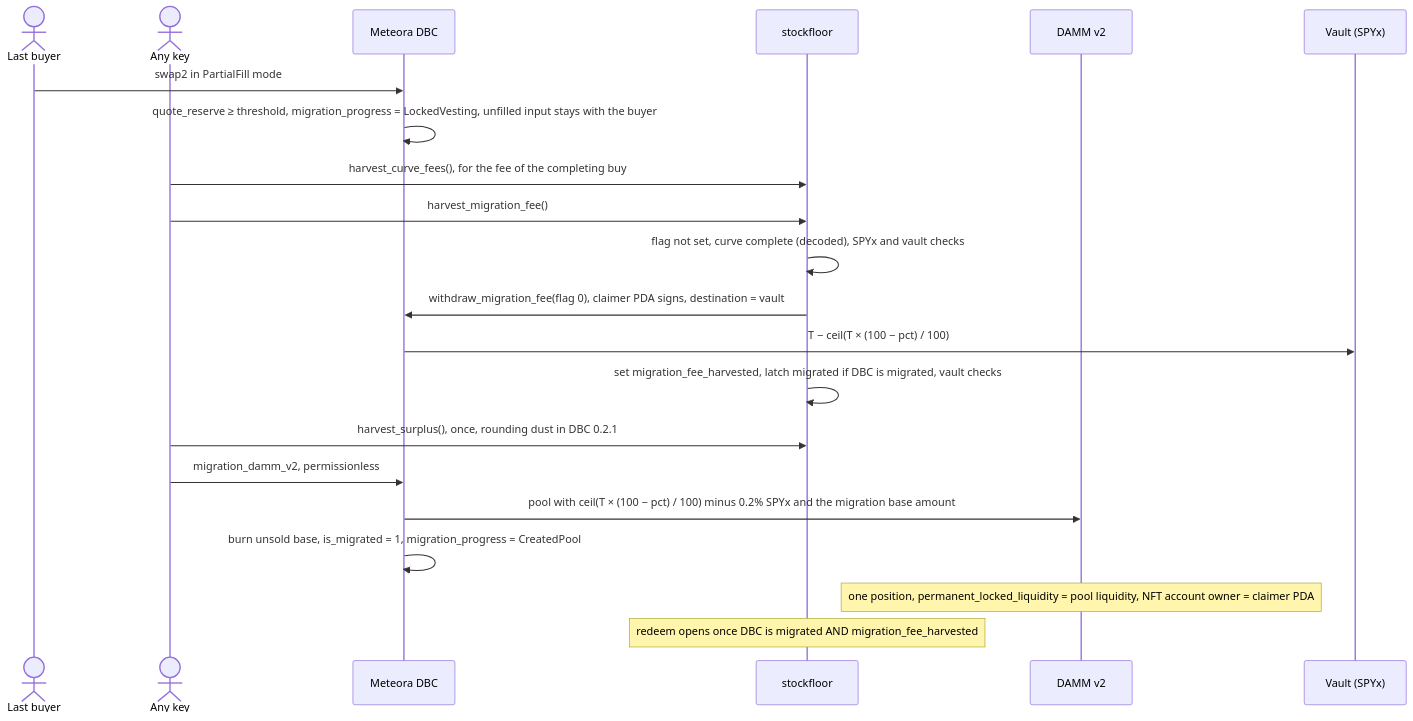
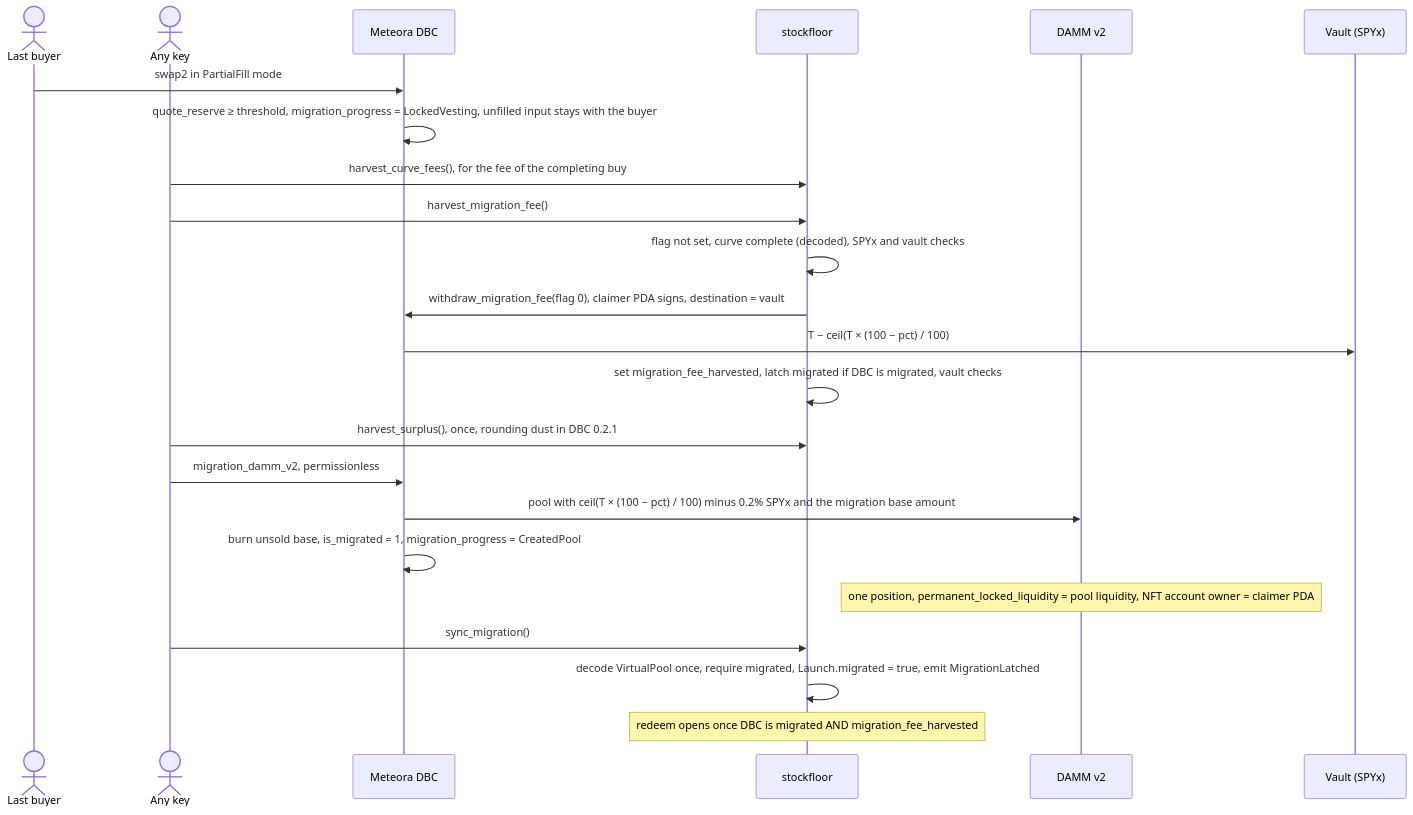
Before and after one commit to 0xrke/plinto: the fourth of 6 diagrams in docs/architecture.md, drawn with Mermaid. The commit also changed other lines of this file and 7 other files, not shown here.

First line of the commit message:
docs: sync_migration, crank LP limits, launch sessions; C2 rehearsal re-run on the new binary

````diff
--- a/docs/architecture.md
+++ b/docs/architecture.md
@@ -203,23 +205,25 @@
 ```mermaid
 sequenceDiagram
   actor Last as Last buyer
   actor Cranker as Any key
   participant DBC as Meteora DBC
   participant SF as stockfloor
   participant DAMM as DAMM v2
   participant Vault as Vault (SPYx)
   Last->>DBC: swap2 in PartialFill mode
   DBC->>DBC: quote_reserve ≥ threshold, migration_progress = LockedVesting, unfilled input stays with the buyer
   Cranker->>SF: harvest_curve_fees(), for the fee of the completing buy
   Cranker->>SF: harvest_migration_fee()
   SF->>SF: flag not set, curve complete (decoded), SPYx and vault checks
   SF->>DBC: withdraw_migration_fee(flag 0), claimer PDA signs, destination = vault
   DBC->>Vault: T − ceil(T × (100 − pct) / 100)
   SF->>SF: set migration_fee_harvested, latch migrated if DBC is migrated, vault checks
   Cranker->>SF: harvest_surplus(), once, rounding dust in DBC 0.2.1
   Cranker->>DBC: migration_damm_v2, permissionless
   DBC->>DAMM: pool with ceil(T × (100 − pct) / 100) minus 0.2% SPYx and the migration base amount
   DBC->>DBC: burn unsold base, is_migrated = 1, migration_progress = CreatedPool
   Note over DAMM: one position, permanent_locked_liquidity = pool liquidity, NFT account owner = claimer PDA
+  Cranker->>SF: sync_migration()
+  SF->>SF: decode VirtualPool once, require migrated, Launch.migrated = true, emit MigrationLatched
   Note over SF: redeem opens once DBC is migrated AND migration_fee_harvested
 ```
````
